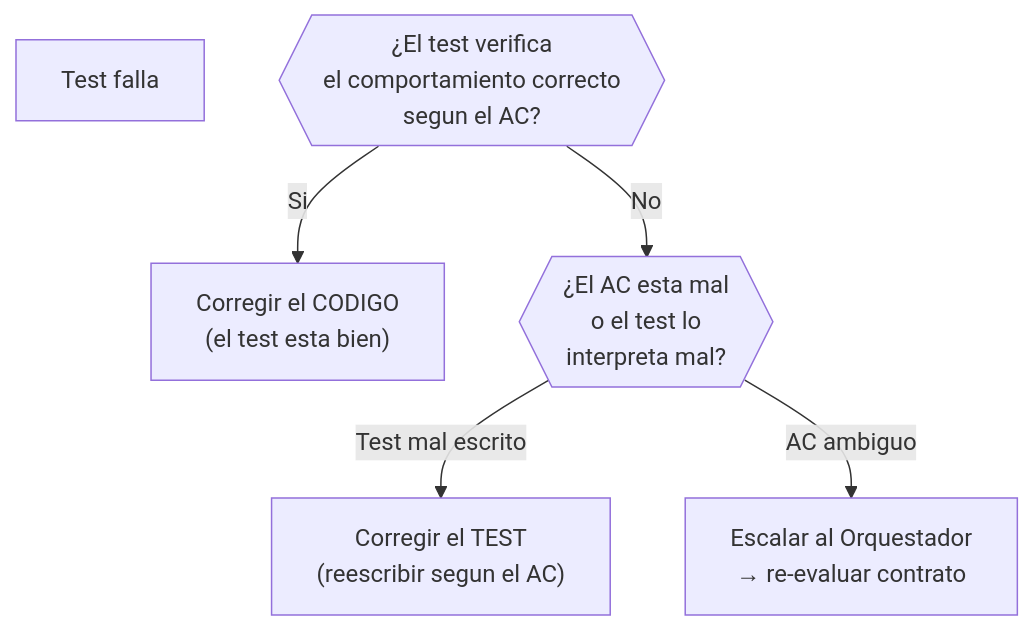
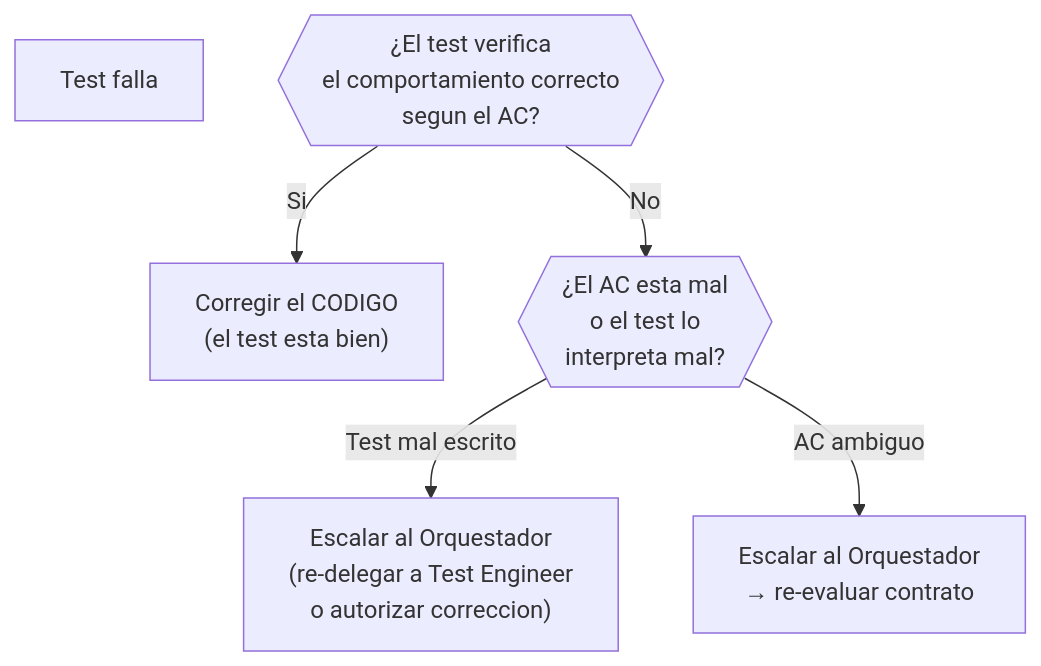
Before and after one commit to virgenherrera/idea-to-mvp: the third of 3 diagrams in docs/execution/green.md, drawn with Mermaid. The commit also changed other lines of this file and 6 other files, not shown here.

````diff
--- a/docs/execution/green.md
+++ b/docs/execution/green.md
@@ -57,9 +79,9 @@
 ```mermaid
 flowchart TD
     FAIL["Test falla"]
     Q1{{"¿El test verifica\nel comportamiento correcto\nsegun el AC?"}}
     Q1 -->|"Si"| FIX_CODE["Corregir el CODIGO\n(el test esta bien)"]
     Q1 -->|"No"| Q2{{"¿El AC esta mal\no el test lo\ninterpreta mal?"}}
-    Q2 -->|"Test mal escrito"| FIX_TEST["Corregir el TEST\n(reescribir segun el AC)"]
+    Q2 -->|"Test mal escrito"| FIX_TEST["Escalar al Orquestador\n(re-delegar a Test Engineer\no autorizar correccion)"]
     Q2 -->|"AC ambiguo"| ESCALATE["Escalar al Orquestador\n→ re-evaluar contrato"]
 ```
````
